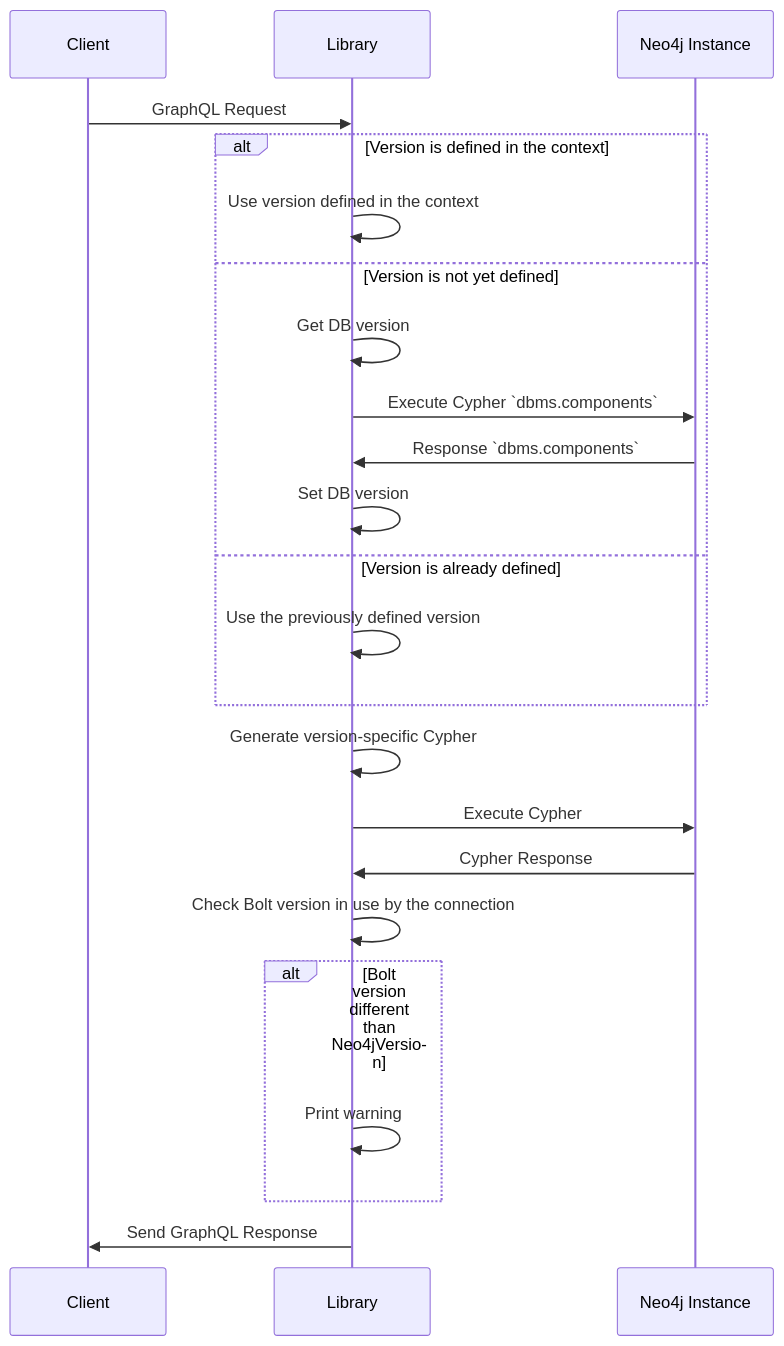
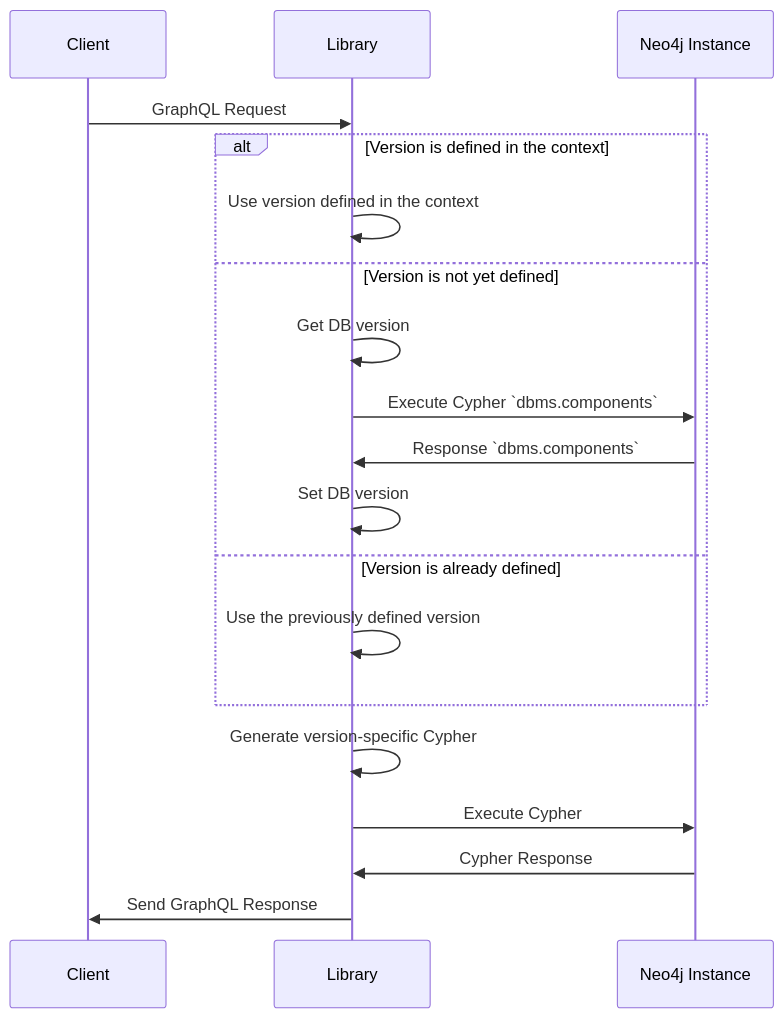
Before and after one commit to neo4j/graphql: the diagram in docs/rfcs/rfc-021-database-info.md, drawn with Mermaid. The commit also changed other lines of this file, not shown here.

````diff
--- a/docs/rfcs/rfc-021-database-info.md
+++ b/docs/rfcs/rfc-021-database-info.md
@@ -61,25 +61,21 @@
 ```mermaid
 sequenceDiagram
     participant Client
     participant Library
     participant Neo4j Instance
     Client->>Library: GraphQL Request
     alt Version is defined in the context
         Library->>Library: Use version defined in the context
     else Version is not yet defined
         Library->>Library: Get DB version
         Library->>Neo4j Instance: Execute Cypher `dbms.components`
         Neo4j Instance->>Library: Response `dbms.components`
         Library->>Library: Set DB version
     else Version is already defined
         Library->>Library: Use the previously defined version
     end
     Library->>Library: Generate version-specific Cypher 
     Library->>Neo4j Instance: Execute Cypher
     Neo4j Instance->>Library: Cypher Response
-    Library->>Library: Check Bolt version in use by the connection
-    alt Bolt version different than Neo4jVersion
-        Library->>Library: Print warning
-    end
     Library->>Client: Send GraphQL Response
 ```
````
